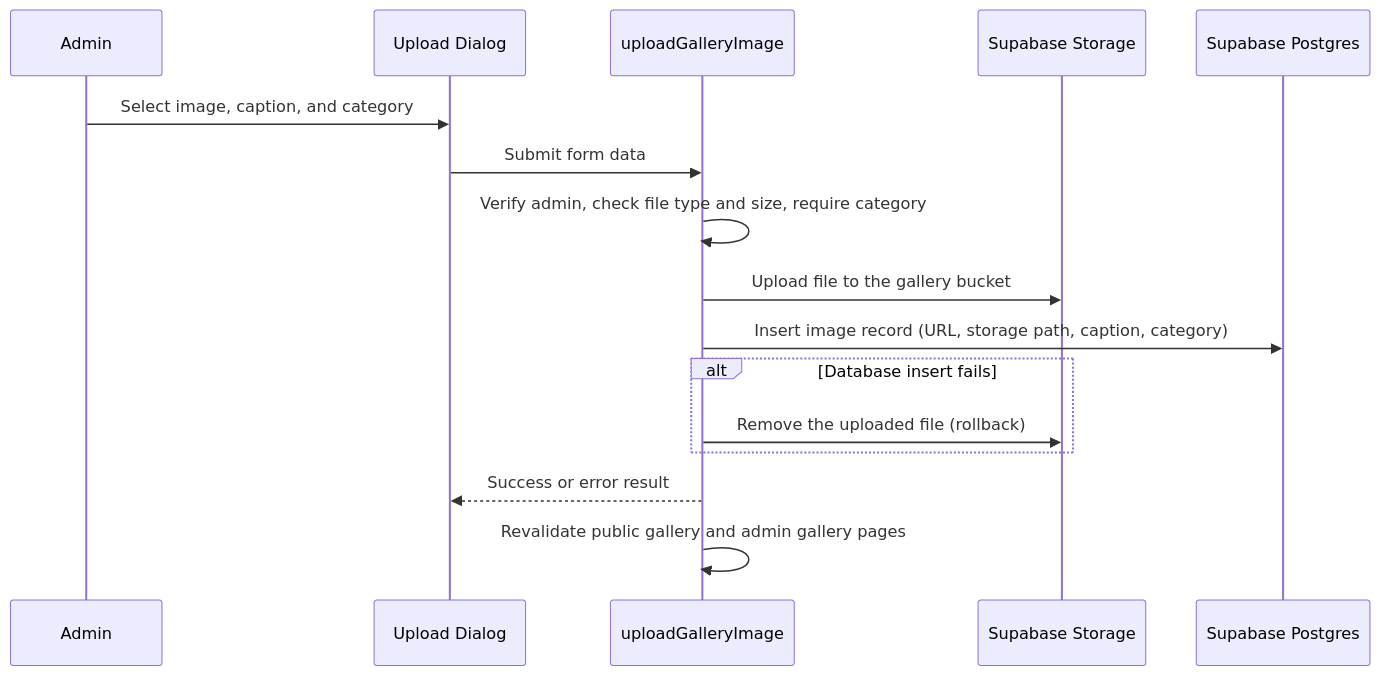
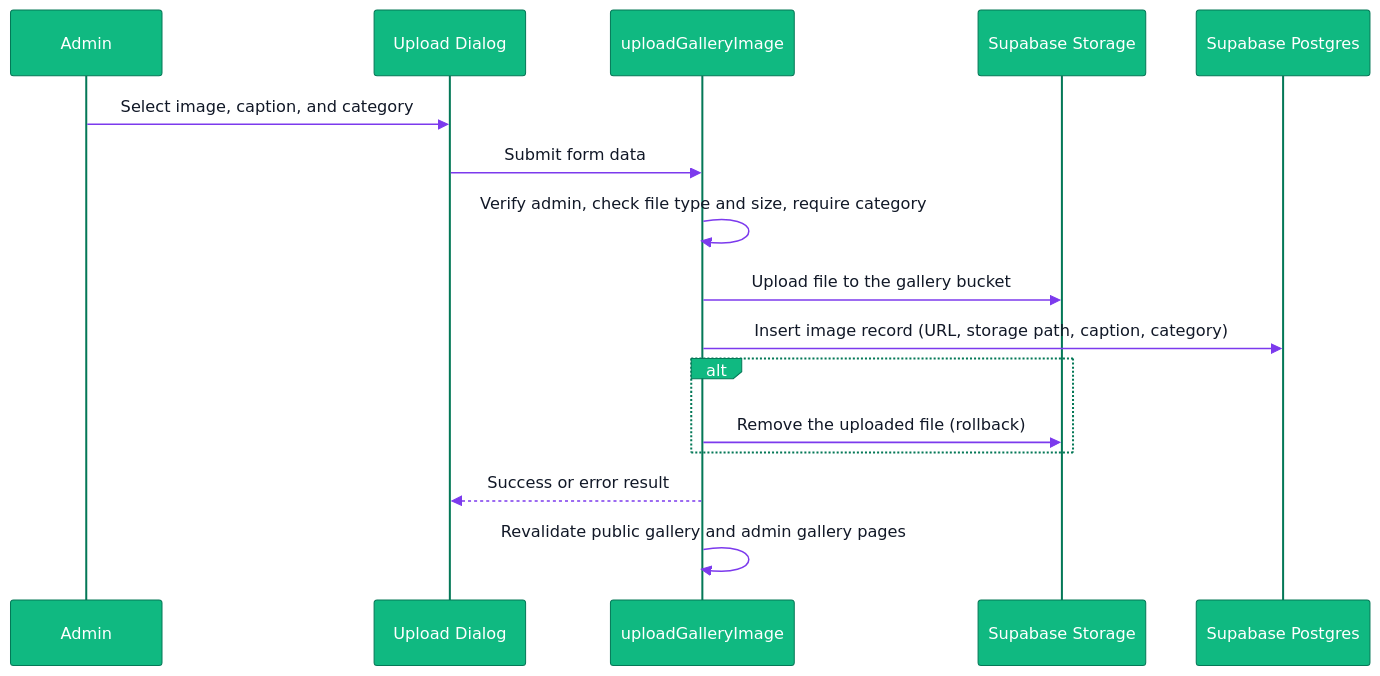
Before and after one commit to AaryaMakthala/GJR-EVENTS: the fifth of 6 diagrams in README.md, drawn with Mermaid. The commit also changed other lines of this file, not shown here.

````diff
--- a/README.md
+++ b/README.md
@@ -221,19 +254,25 @@
 ```mermaid
+%%{init: {'theme':'base', 'themeVariables': {
+  'actorBkg': '#10b981', 'actorBorder': '#047857', 'actorTextColor': '#ffffff',
+  'signalColor': '#7c3aed', 'signalTextColor': '#111827',
+  'noteBkgColor': '#fee2e2', 'noteBorderColor': '#ef4444',
+  'sequenceNumberColor': '#ffffff'
+}}}%%
 sequenceDiagram
     participant A as Admin
     participant D as Upload Dialog
     participant SA as uploadGalleryImage
     participant S as Supabase Storage
     participant DB as Supabase Postgres
 
     A->>D: Select image, caption, and category
     D->>SA: Submit form data
     SA->>SA: Verify admin, check file type and size, require category
     SA->>S: Upload file to the gallery bucket
     SA->>DB: Insert image record (URL, storage path, caption, category)
     alt Database insert fails
         SA->>S: Remove the uploaded file (rollback)
     end
     SA-->>D: Success or error result
     SA->>SA: Revalidate public gallery and admin gallery pages
 ```
````
